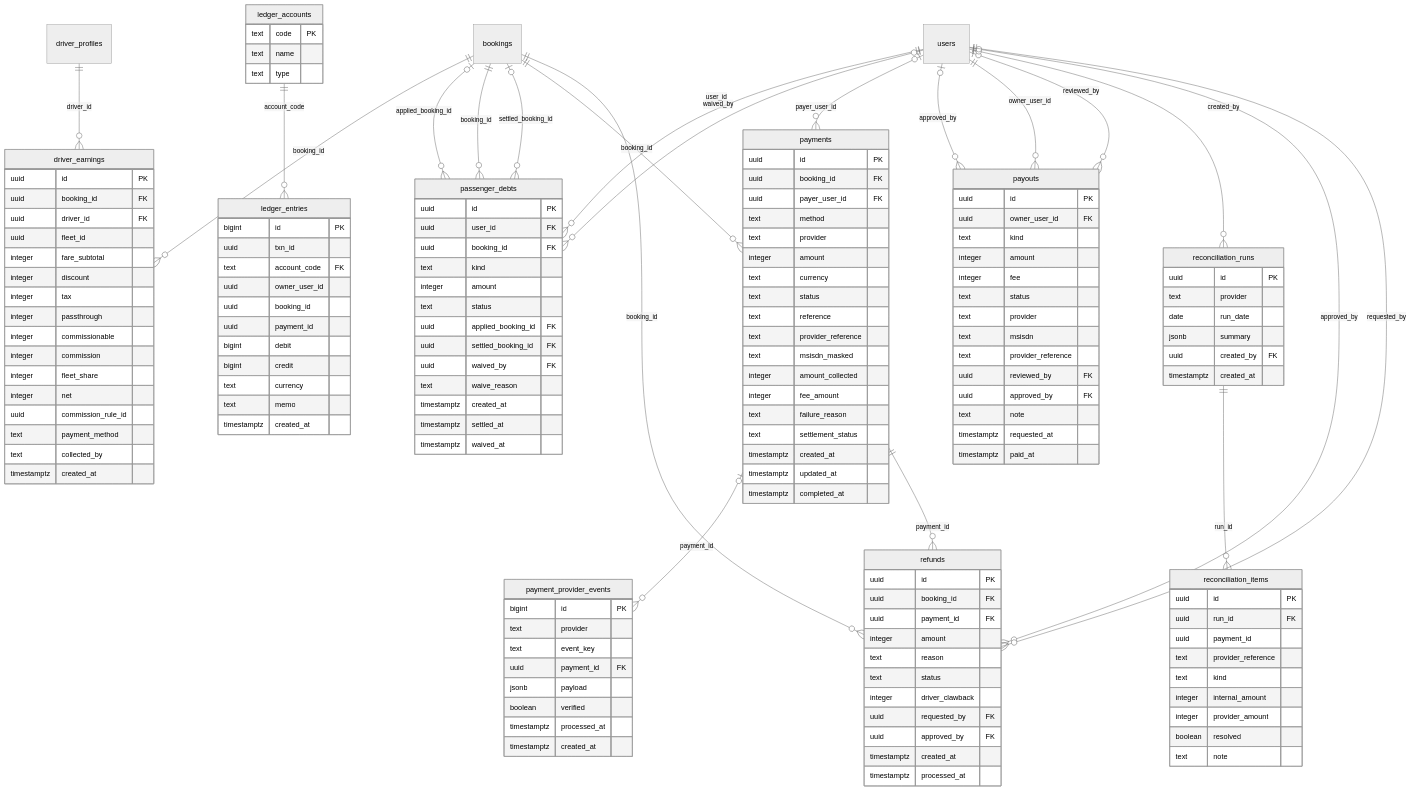
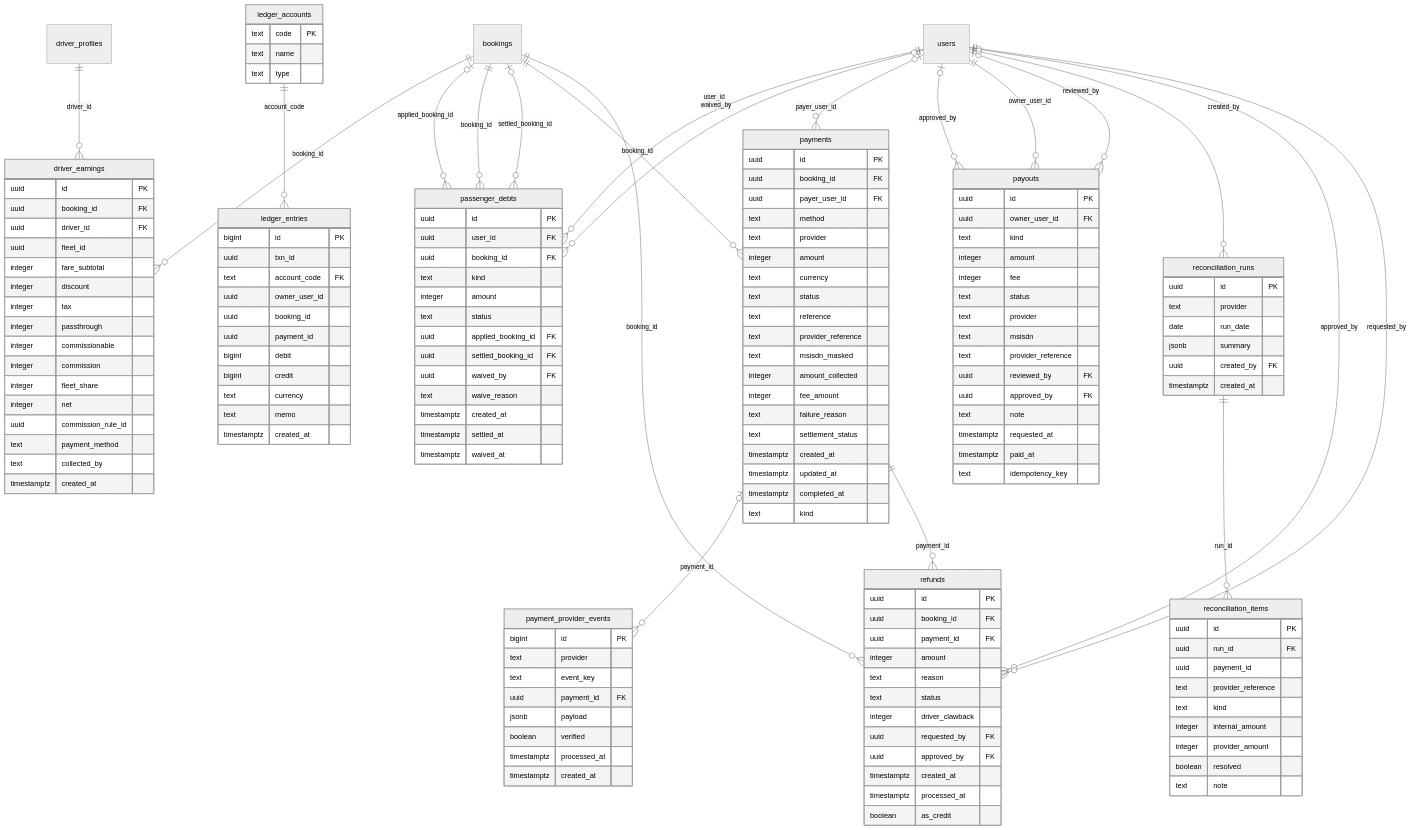
Before and after one commit to Eribangi05/haifa-bms: the eighth of 10 diagrams in rwanda-mobility/docs/ERD.md, drawn with Mermaid (neutral theme). The commit also changed other lines of this file and 1 other file, not shown here.

First line of the commit message:
Docs: regenerate ERD for migrations 009-017 (97 tables) and map new tables to modules

```diff
--- a/rwanda-mobility/docs/ERD.md
+++ b/rwanda-mobility/docs/ERD.md
@@ -778,6 +1280,7 @@
     timestamptz created_at
     timestamptz updated_at
     timestamptz completed_at
+    text kind
   }
   payment_provider_events {
     bigint id PK
@@ -840,6 +1343,7 @@
     text note
     timestamptz requested_at
     timestamptz paid_at
+    text idempotency_key
   }
   refunds {
     uuid id PK
@@ -853,6 +1357,7 @@
     uuid approved_by FK
     timestamptz created_at
     timestamptz processed_at
+    boolean as_credit
   }
   passenger_debts {
     uuid id PK
```
